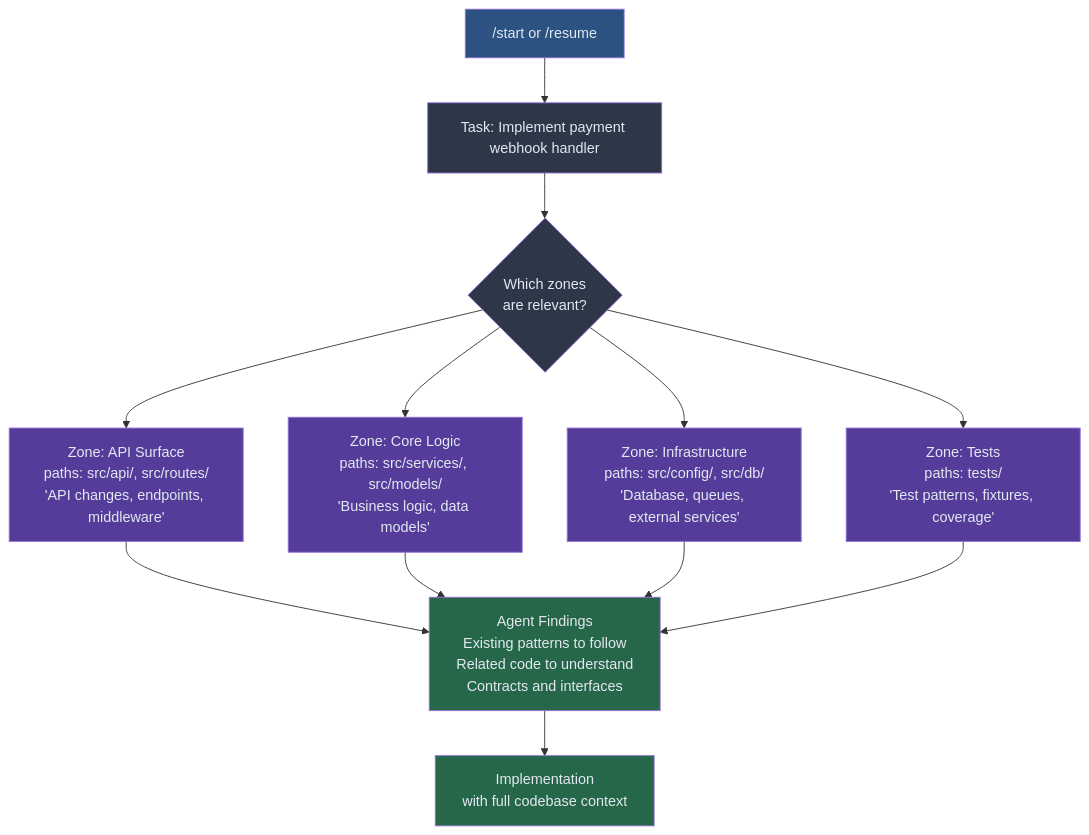
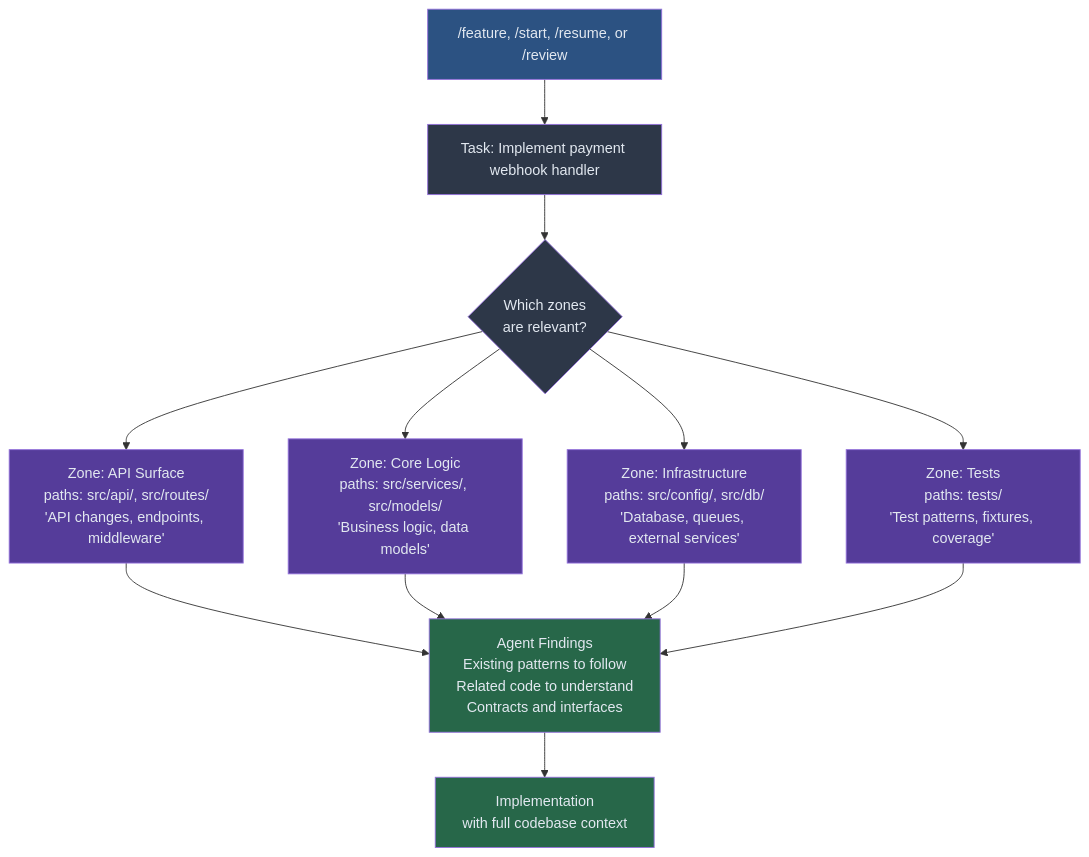
The fifth of 6 diagrams in README.md (StudioMopoke/agentic-bootstrap), drawn with Mermaid before and after one commit. The commit also changed other lines of this file and 1 other file, not shown here.

First line of the commit message:
Fix consistency issues and sharpen /feature vs /discuss boundary

````diff
--- a/README.md
+++ b/README.md
@@ -238,30 +238,30 @@
 ```mermaid
 flowchart TD
-    command["/start or /resume"]
+    command["/feature, /start, /resume, or /review"]
     task["Task: Implement payment webhook handler"]
 
     command --> task
     task --> dispatch{"Which zones\nare relevant?"}
 
     dispatch --> z1["Zone: API Surface\npaths: src/api/, src/routes/\n'API changes, endpoints, middleware'"]
     dispatch --> z2["Zone: Core Logic\npaths: src/services/, src/models/\n'Business logic, data models'"]
     dispatch --> z3["Zone: Infrastructure\npaths: src/config/, src/db/\n'Database, queues, external services'"]
     dispatch --> z4["Zone: Tests\npaths: tests/\n'Test patterns, fixtures, coverage'"]
 
     z1 --> findings["Agent Findings\nExisting patterns to follow\nRelated code to understand\nContracts and interfaces"]
     z2 --> findings
     z3 --> findings
     z4 --> findings
 
     findings --> impl["Implementation\nwith full codebase context"]
 
     style command fill:#2c5282,color:#e2e8f0
     style task fill:#2d3748,color:#e2e8f0
     style dispatch fill:#2d3748,color:#e2e8f0
     style z1 fill:#553c9a,color:#e2e8f0
     style z2 fill:#553c9a,color:#e2e8f0
     style z3 fill:#553c9a,color:#e2e8f0
     style z4 fill:#553c9a,color:#e2e8f0
     style findings fill:#276749,color:#e2e8f0
     style impl fill:#276749,color:#e2e8f0
 ```
````
